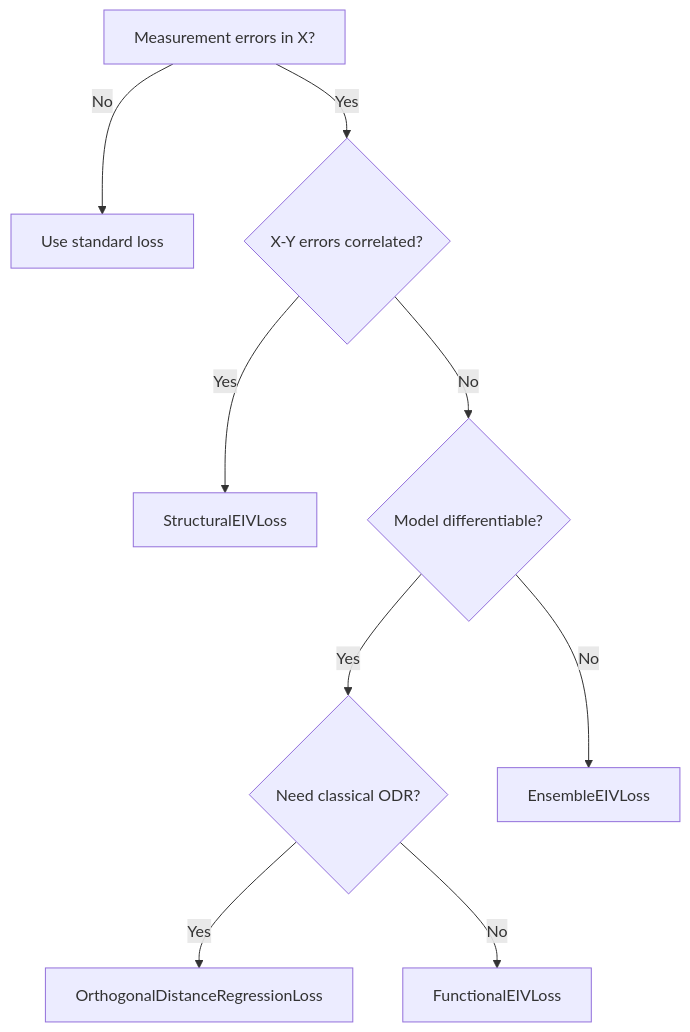
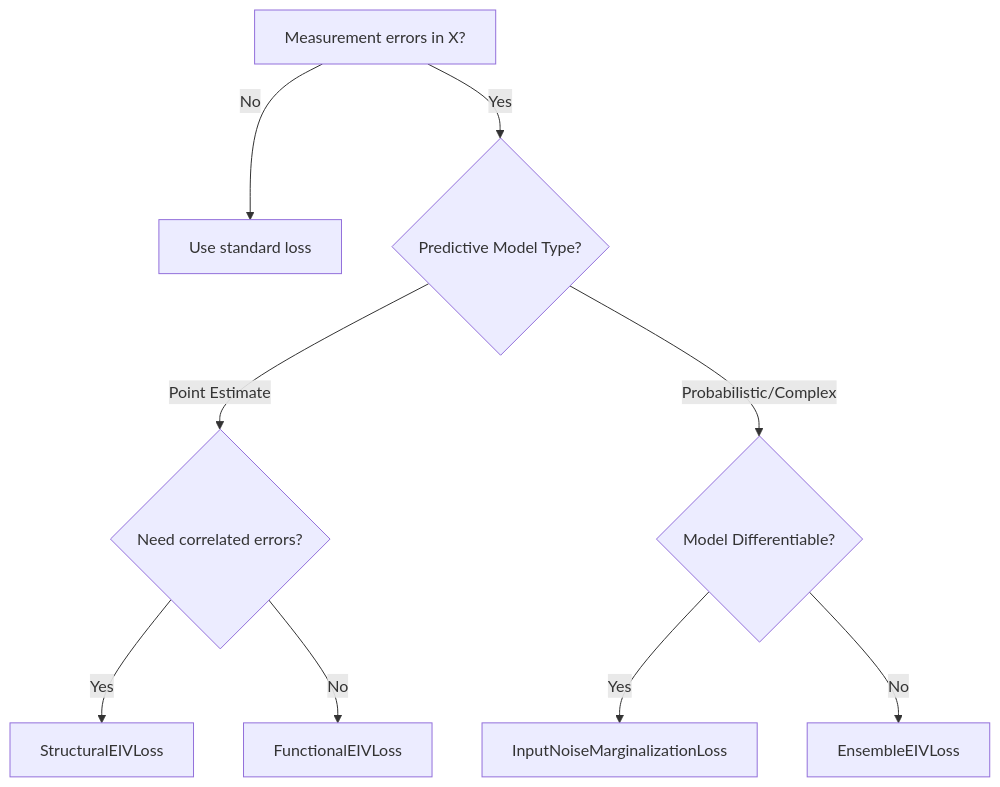
Before and after one commit to astroai/torchregress: the diagram in docs/losses/eiv.md, drawn with Mermaid. The commit also changed other lines of this file and 26 other files, not shown here.

````diff
--- a/docs/losses/eiv.md
+++ b/docs/losses/eiv.md
@@ -136,11 +172,11 @@
 ```mermaid
 graph TD
     A["Measurement errors in X?"] -->|No| B["Use standard loss"]
-    A -->|Yes| C{"X-Y errors correlated?"}
-    C -->|Yes| D["StructuralEIVLoss"]
-    C -->|No| E{"Model differentiable?"}
-    E -->|Yes| F{"Need classical ODR?"}
-    E -->|No| G["EnsembleEIVLoss"]
-    F -->|Yes| H["OrthogonalDistanceRegressionLoss"]
-    F -->|No| I["FunctionalEIVLoss"]
+    A -->|Yes| C{"Predictive Model Type?"}
+    C -->|Point Estimate| D{"Need correlated errors?"}
+    D -->|Yes| E["StructuralEIVLoss"]
+    D -->|No| F["FunctionalEIVLoss"]
+    C -->|Probabilistic/Complex| G{"Model Differentiable?"}
+    G -->|Yes| H["InputNoiseMarginalizationLoss"]
+    G -->|No| I["EnsembleEIVLoss"]
 ```
````
